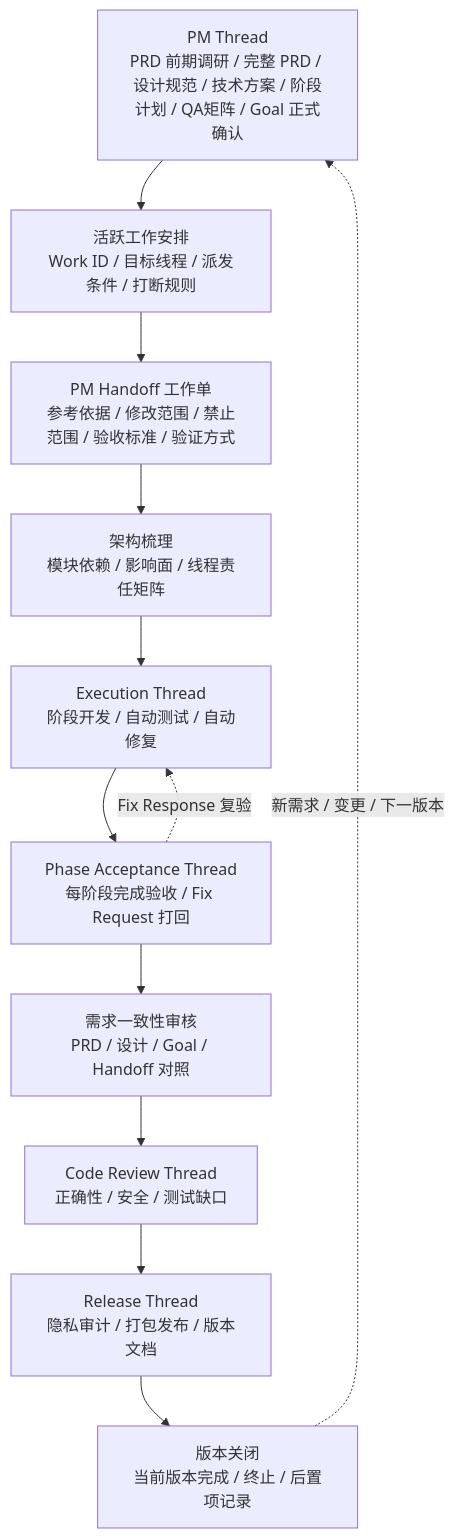
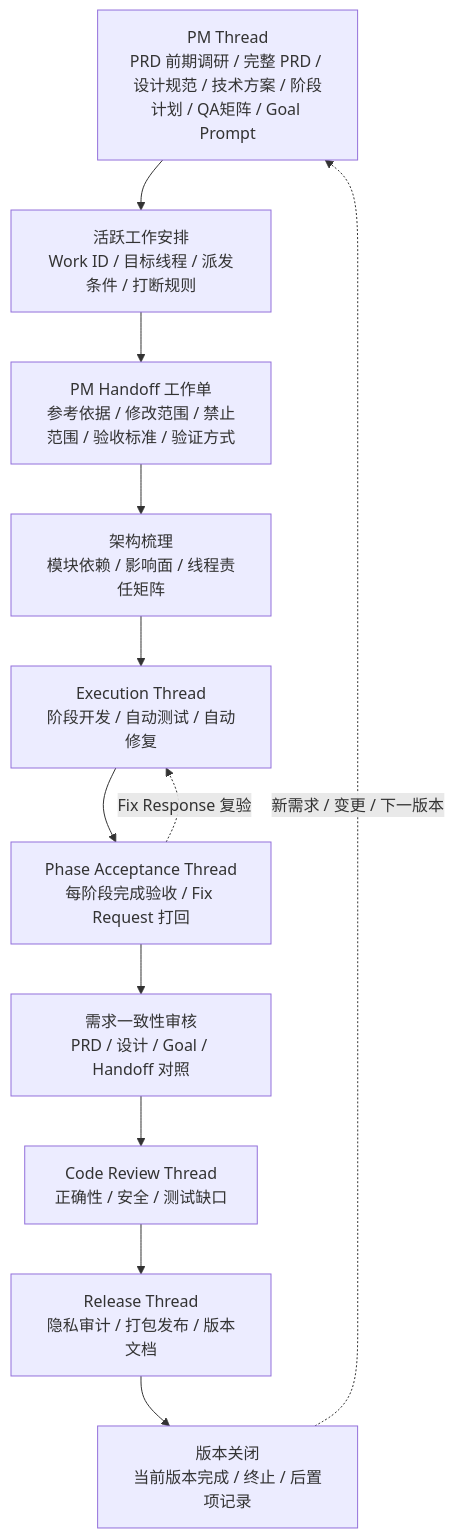
The second of 3 diagrams in README.md (btcys/chengying-codex-skill-pack), drawn with Mermaid before and after one commit. The commit also changed other lines of this file and 6 other files, not shown here.

````diff
--- a/README.md
+++ b/README.md
@@ -95,14 +95,14 @@
 ```mermaid
 flowchart TB
-  PM[PM Thread<br/>PRD 前期调研 / 完整 PRD / 设计规范 / 技术方案 / 阶段计划 / QA矩阵 / Goal 正式确认] --> Work[活跃工作安排<br/>Work ID / 目标线程 / 派发条件 / 打断规则]
+  PM[PM Thread<br/>PRD 前期调研 / 完整 PRD / 设计规范 / 技术方案 / 阶段计划 / QA矩阵 / Goal Prompt] --> Work[活跃工作安排<br/>Work ID / 目标线程 / 派发条件 / 打断规则]
   Work --> Handoff[PM Handoff 工作单<br/>参考依据 / 修改范围 / 禁止范围 / 验收标准 / 验证方式]
   Handoff --> Arch[架构梳理<br/>模块依赖 / 影响面 / 线程责任矩阵]
   Arch --> Exec[Execution Thread<br/>阶段开发 / 自动测试 / 自动修复]
   Exec --> PhaseAccept[Phase Acceptance Thread<br/>每阶段完成验收 / Fix Request 打回]
   PhaseAccept -. Fix Response 复验 .-> Exec
   PhaseAccept --> Accept[需求一致性审核<br/>PRD / 设计 / Goal / Handoff 对照]
   Accept --> Review[Code Review Thread<br/>正确性 / 安全 / 测试缺口]
   Review --> Release[Release Thread<br/>隐私审计 / 打包发布 / 版本文档]
   Release --> Close[版本关闭<br/>当前版本完成 / 终止 / 后置项记录]
   Close -. 新需求 / 变更 / 下一版本 .-> PM
 ```
````
